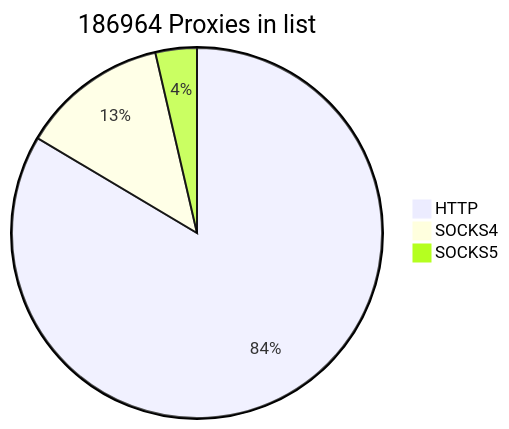
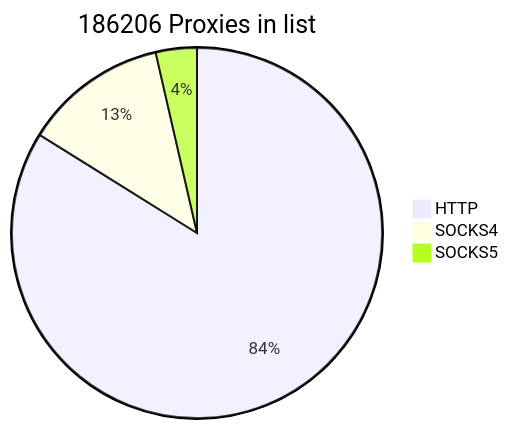
Before and after one commit to cutipu/proxylist: the first of 2 diagrams in README.md, drawn with Mermaid. The commit also changed other lines of this file, not shown here.

````diff
--- a/README.md
+++ b/README.md
@@ -2,7 +2,7 @@
 ```mermaid
-pie title 186964 Proxies in list
+pie title 186206 Proxies in list
     "HTTP" : 156180
-    "SOCKS4" : 24022
-    "SOCKS5" : 6762
+    "SOCKS4" : 23350
+    "SOCKS5" : 6676
             
 ```
````
